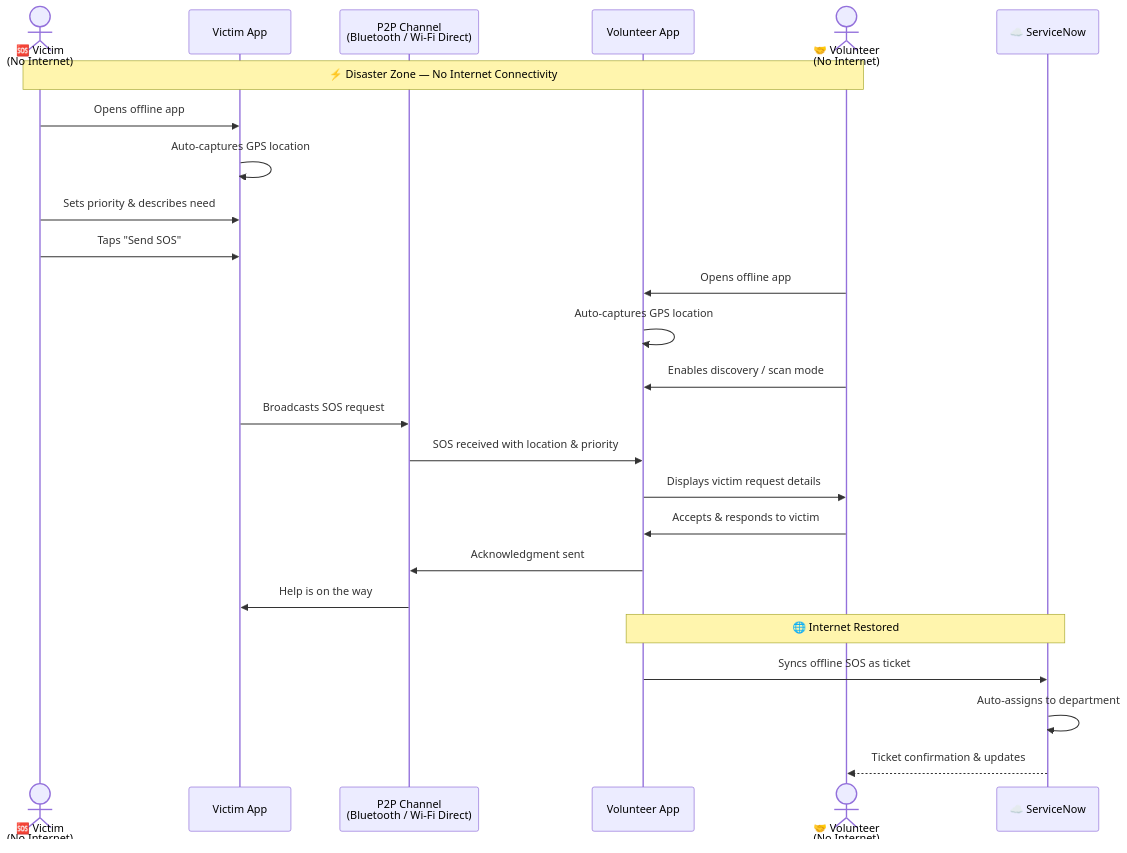
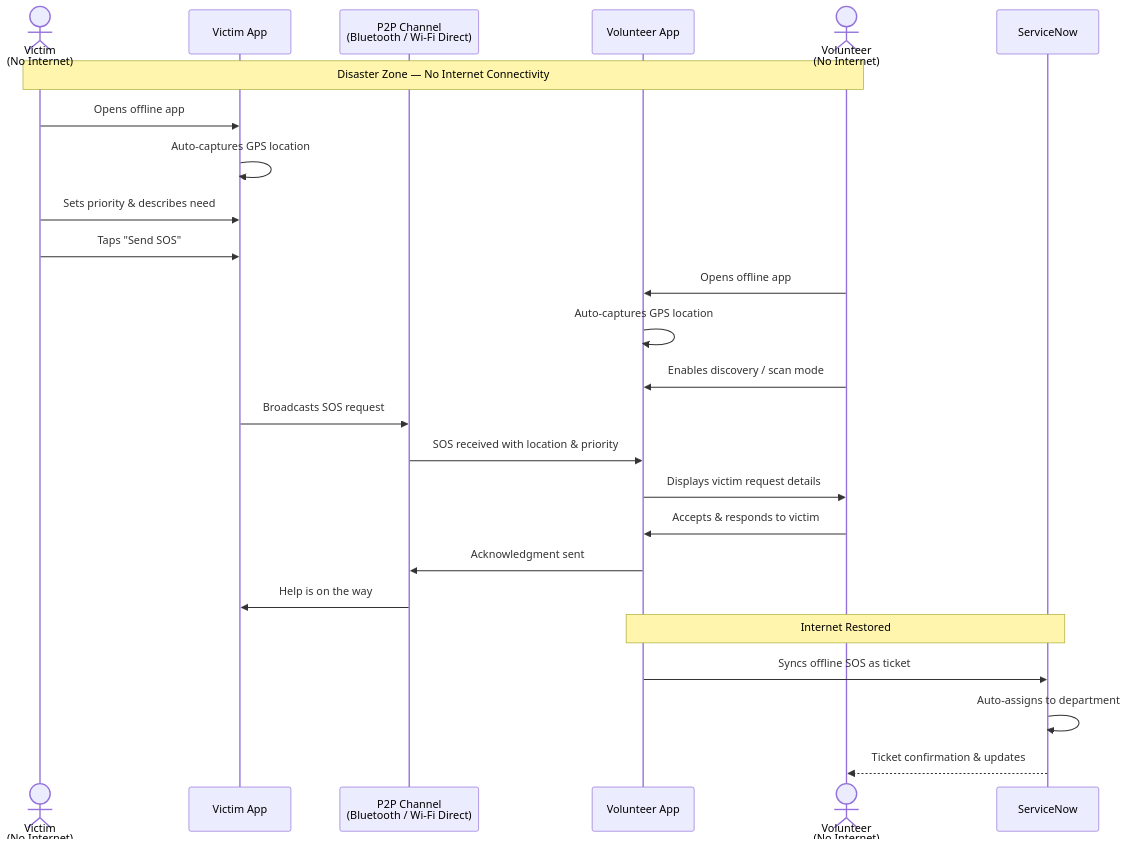
The second of 2 diagrams in README.md (agrawalvansh/NowSquad), drawn with Mermaid before and after one commit. The commit also changed other lines of this file, not shown here.

````diff
--- a/README.md
+++ b/README.md
@@ -160,34 +160,34 @@
 ```mermaid
 sequenceDiagram
-    actor V as 🆘 Victim<br/>(No Internet)
+    actor V as Victim<br/>(No Internet)
     participant APP_V as Victim App
     participant P2P as P2P Channel<br/>(Bluetooth / Wi-Fi Direct)
     participant APP_VOL as Volunteer App
-    actor VOL as 🤝 Volunteer<br/>(No Internet)
-    participant SN as ☁️ ServiceNow
+    actor VOL as Volunteer<br/>(No Internet)
+    participant SN as ServiceNow
 
-    Note over V, VOL: ⚡ Disaster Zone — No Internet Connectivity
+    Note over V, VOL: Disaster Zone — No Internet Connectivity
 
     V->>APP_V: Opens offline app
     APP_V->>APP_V: Auto-captures GPS location
     V->>APP_V: Sets priority & describes need
     V->>APP_V: Taps "Send SOS"
 
     VOL->>APP_VOL: Opens offline app
     APP_VOL->>APP_VOL: Auto-captures GPS location
     VOL->>APP_VOL: Enables discovery / scan mode
 
     APP_V->>P2P: Broadcasts SOS request
     P2P->>APP_VOL: SOS received with location & priority
     APP_VOL->>VOL: Displays victim request details
 
     VOL->>APP_VOL: Accepts & responds to victim
     APP_VOL->>P2P: Acknowledgment sent
     P2P->>APP_V: Help is on the way
 
-    Note over APP_VOL, SN: 🌐 Internet Restored
+    Note over APP_VOL, SN: Internet Restored
 
     APP_VOL->>SN: Syncs offline SOS as ticket
     SN->>SN: Auto-assigns to department
     SN-->>VOL: Ticket confirmation & updates
 ```
````
